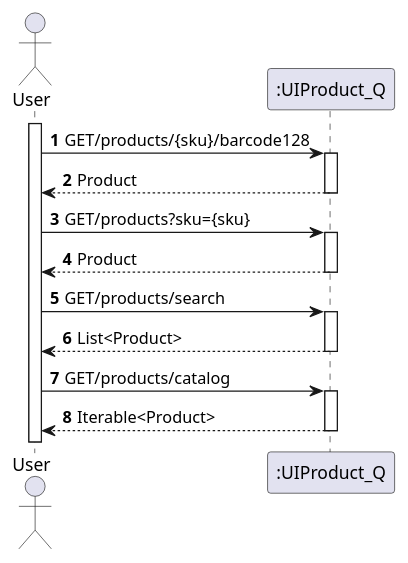
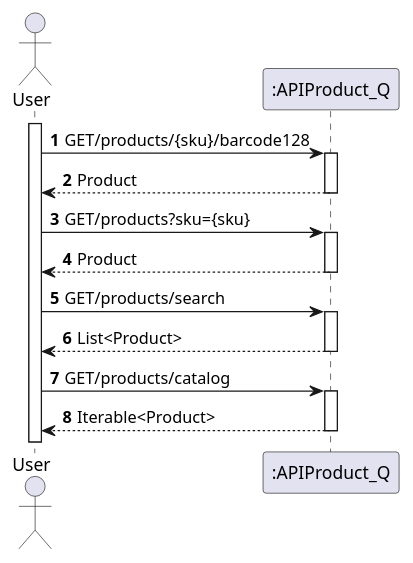
One commit to 1201441BrunoPereira/Trabalho2Products changed the diagram in Product1_Q/Diagramas/N1/Product.puml. Above: the diagram before and after it, drawn with PlantUML. The commit also changed 10 other files, not shown here.

Commit message:
Atualização diagramas

```diff
--- a/Product1_Q/Diagramas/N1/Product.puml
+++ b/Product1_Q/Diagramas/N1/Product.puml
@@ -1,20 +1,20 @@
 @startuml
 'https://plantuml.com/sequence-diagram
 
 autoactivate on
 autonumber
 
 actor "User" as User
-participant ":UIProduct_Q" as pro1
+participant ":APIProduct_Q" as pro1
 
 activate User
 
 User -> pro1: GET/products/{sku}/barcode128
 pro1 --> User: Product
 User -> pro1: GET/products?sku={sku}
 pro1 --> User: Product
 User -> pro1: GET/products/search
 pro1 --> User: List<Product>
 User -> pro1: GET/products/catalog
 pro1 --> User: Iterable<Product>
 @enduml
```
